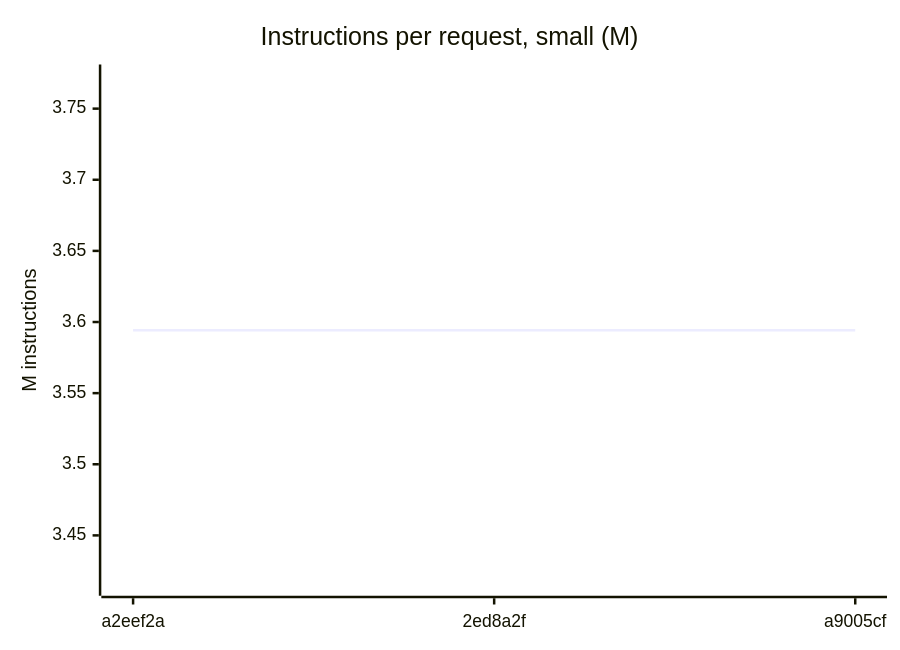
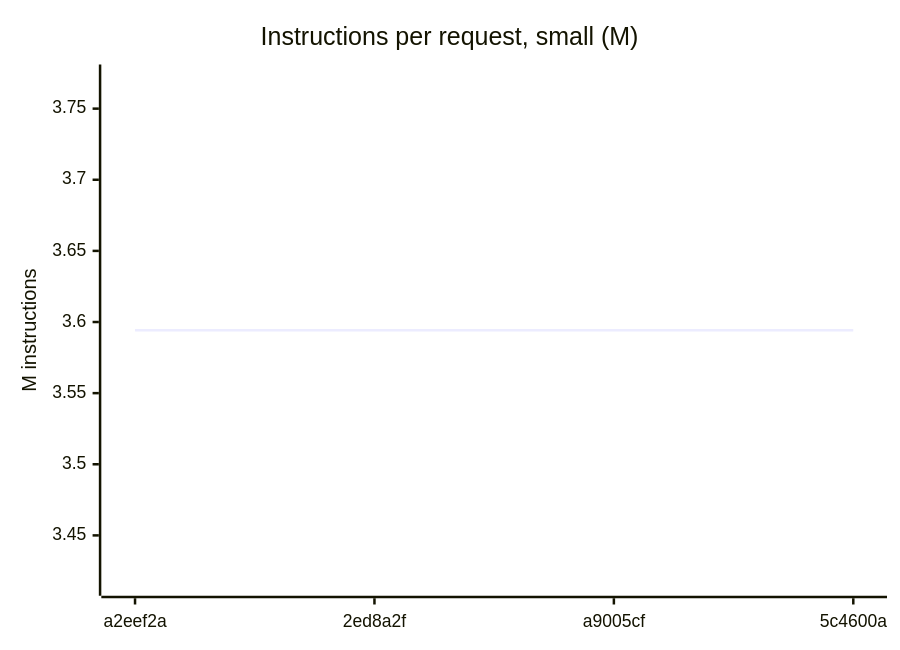
One commit to Karakatiza666/roc-cloudflare-workers changed the first of 7 diagrams in CHART.md. Above: the diagram before and after it, drawn with Mermaid. The commit also changed other lines of this file and 2 other files, not shown here.

````diff
--- a/CHART.md
+++ b/CHART.md
@@ -9,7 +9,7 @@
 ```mermaid
 xychart-beta
     title "Instructions per request, small (M)"
-    x-axis ["a2eef2a", "2ed8a2f", "a9005cf"]
+    x-axis ["a2eef2a", "2ed8a2f", "a9005cf", "5c4600a"]
     y-axis "M instructions" 3.4146 --> 3.774
-    line [3.5943, 3.5943, 3.5943]
+    line [3.5943, 3.5943, 3.5943, 3.5943]
 ```
````
